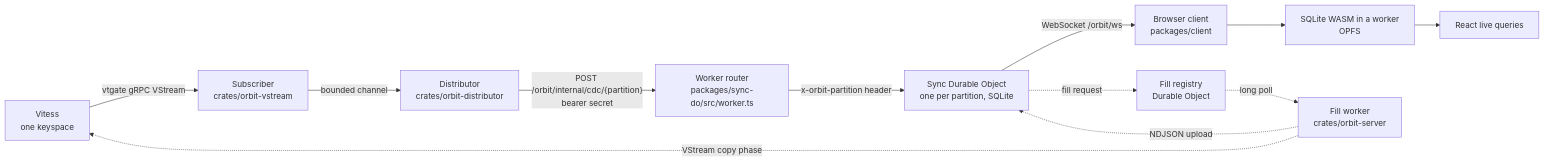
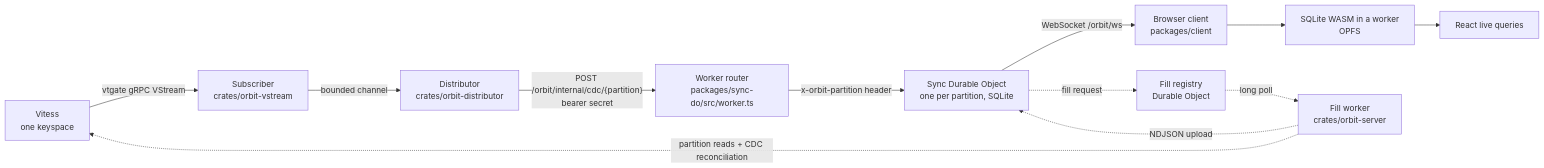
One commit to wing-anara/orbit changed the diagram in docs/architecture.md. Above: the diagram before and after it, drawn with Mermaid. The commit also changed other lines of this file and 5 other files, not shown here.

Commit message:
Reconcile partition SELECT fills without copy-phase source locks

````diff
--- a/docs/architecture.md
+++ b/docs/architecture.md
@@ -17,25 +17,25 @@
 ```mermaid
 flowchart LR
   V["Vitess<br/>one keyspace"]
   S["Subscriber<br/>crates/orbit-vstream"]
   D["Distributor<br/>crates/orbit-distributor"]
   W["Worker router<br/>packages/sync-do/src/worker.ts"]
   DO["Sync Durable Object<br/>one per partition, SQLite"]
   C["Browser client<br/>packages/client"]
   SQ["SQLite WASM in a worker<br/>OPFS"]
   R["React live queries"]
   REG["Fill registry<br/>Durable Object"]
   F["Fill worker<br/>crates/orbit-server"]
 
   V -- "vtgate gRPC VStream" --> S
   S -- "bounded channel" --> D
   D -- "POST /orbit/internal/cdc/{partition}<br/>bearer secret" --> W
   W -- "x-orbit-partition header" --> DO
   DO -- "WebSocket /orbit/ws" --> C
   C --> SQ
   SQ --> R
   DO -. "fill request" .-> REG
   REG -. "long poll" .-> F
-  F -. "VStream copy phase" .-> V
+  F -. "partition reads + CDC reconciliation" .-> V
   F -. "NDJSON upload" .-> DO
 ```
````
